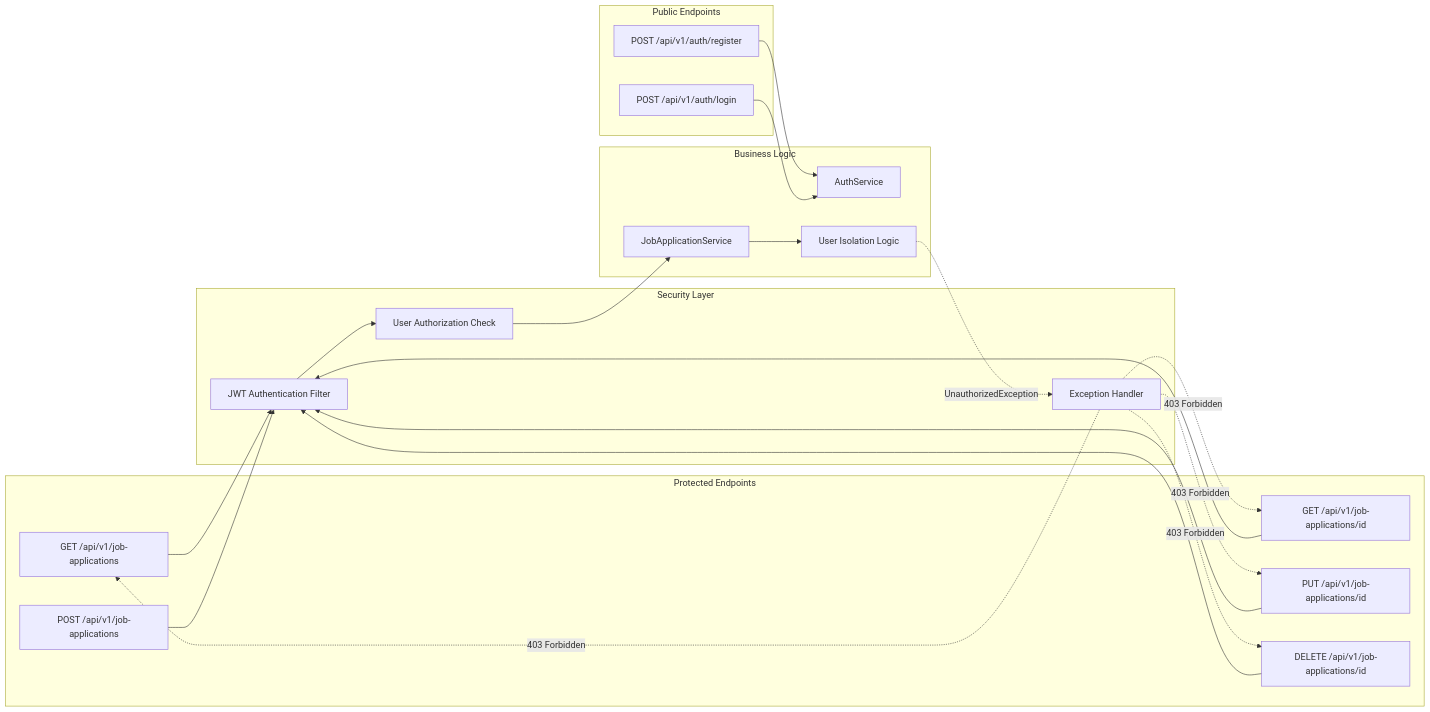
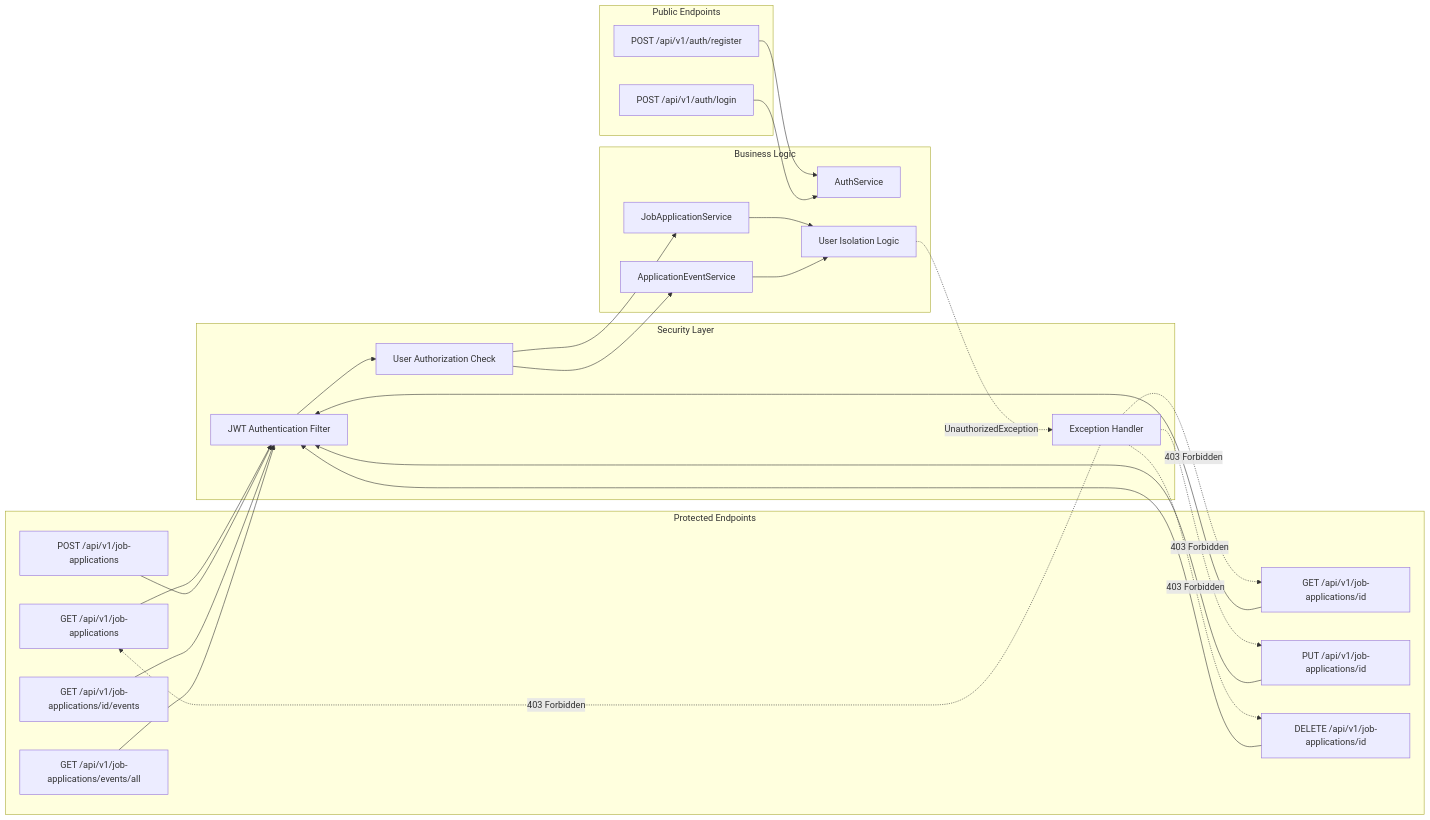
One commit to Jnolcox/job-tracker changed the fourth of 5 diagrams in README.md. Above: the diagram before and after it, drawn with Mermaid. The commit also changed other lines of this file and 1 other file, not shown here.

````diff
--- a/README.md
+++ b/README.md
@@ -175,45 +175,52 @@
 ```mermaid
 graph LR
     subgraph "Public Endpoints"
         A[POST /api/v1/auth/register]
         B[POST /api/v1/auth/login]
     end
-    
+
     subgraph "Protected Endpoints"
         C[GET /api/v1/job-applications]
         D[GET /api/v1/job-applications/id]
         E[POST /api/v1/job-applications]
         F[PUT /api/v1/job-applications/id]
         G[DELETE /api/v1/job-applications/id]
+        H2[GET /api/v1/job-applications/id/events]
+        H3[GET /api/v1/job-applications/events/all]
     end
-    
+
     subgraph "Security Layer"
         H[JWT Authentication Filter]
         I[User Authorization Check]
         J[Exception Handler]
     end
-    
+
     subgraph "Business Logic"
         K[AuthService]
         L[JobApplicationService]
+        L2[ApplicationEventService]
         M[User Isolation Logic]
     end
-    
+
     A --> K
     B --> K
-    
+
     C --> H
     D --> H
     E --> H
     F --> H
     G --> H
-    
+    H2 --> H
+    H3 --> H
+
     H --> I
     I --> L
+    I --> L2
     L --> M
+    L2 --> M
     M -.->|UnauthorizedException| J
     J -.->|403 Forbidden| C
     J -.->|403 Forbidden| D
     J -.->|403 Forbidden| F
     J -.->|403 Forbidden| G
 ```
````
